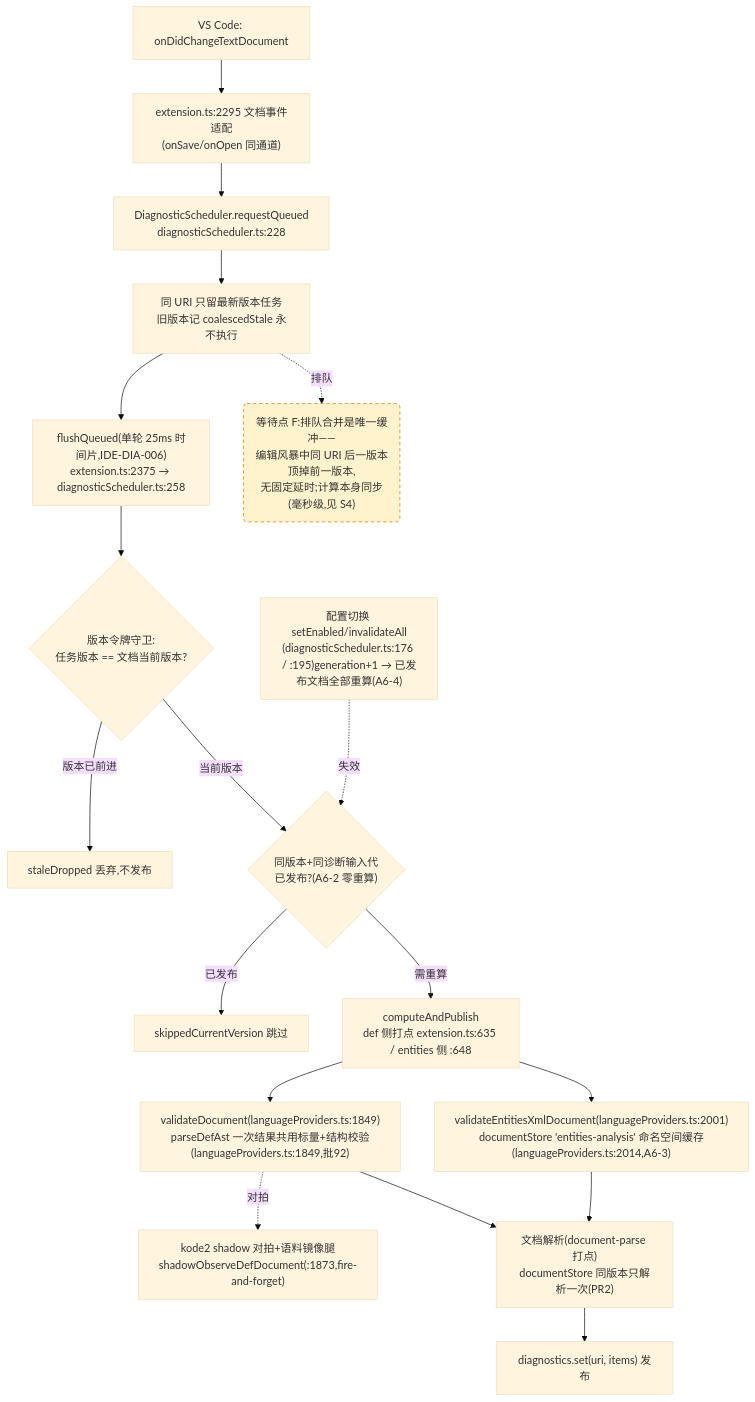
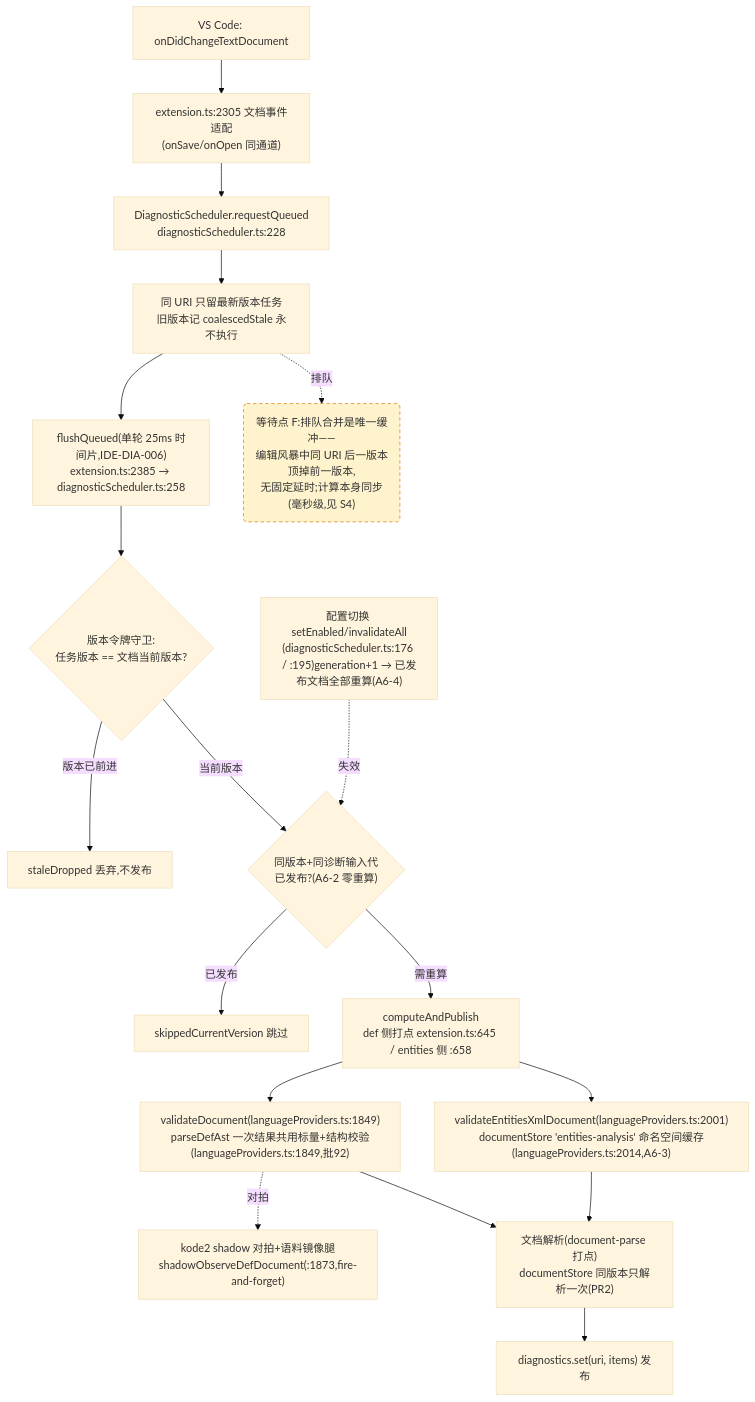
One commit to cuihairu/kode changed the fourth of 4 diagrams in docs/perf/2026-baseline.md. Above: the diagram before and after it, drawn with Mermaid (base theme). The commit also changed other lines of this file and 17 other files, not shown here.

````diff
--- a/docs/perf/2026-baseline.md
+++ b/docs/perf/2026-baseline.md
@@ -214,38 +214,38 @@
 ```mermaid
 flowchart TD
   CHG["VS Code: onDidChangeTextDocument"]
-  WATCH["extension.ts:2295 文档事件适配<br/>(onSave/onOpen 同通道)"]
+  WATCH["extension.ts:2305 文档事件适配<br/>(onSave/onOpen 同通道)"]
   RQ["DiagnosticScheduler.requestQueued<br/>diagnosticScheduler.ts:228"]
   CO["同 URI 只留最新版本任务<br/>旧版本记 coalescedStale 永不执行"]
-  FL["flushQueued(单轮 25ms 时间片,IDE-DIA-006)<br/>extension.ts:2375 → diagnosticScheduler.ts:258"]
+  FL["flushQueued(单轮 25ms 时间片,IDE-DIA-006)<br/>extension.ts:2385 → diagnosticScheduler.ts:258"]
   VG{"版本令牌守卫:<br/>任务版本 == 文档当前版本?"}
   DROP["staleDropped 丢弃,不发布"]
   GEN{"同版本+同诊断输入代<br/>已发布?(A6-2 零重算)"}
   SKIP["skippedCurrentVersion 跳过"]
-  CALC["computeAndPublish<br/>def 侧打点 extension.ts:635 / entities 侧 :648"]
+  CALC["computeAndPublish<br/>def 侧打点 extension.ts:645 / entities 侧 :658"]
   VD["validateDocument(languageProviders.ts:1849)<br/>parseDefAst 一次结果共用标量+结构校验(languageProviders.ts:1849,批92)"]
   VEX["validateEntitiesXmlDocument(languageProviders.ts:2001)<br/>documentStore 'entities-analysis' 命名空间缓存(languageProviders.ts:2014,A6-3)"]
   SHDD["kode2 shadow 对拍+语料镜像腿<br/>shadowObserveDefDocument(:1873,fire-and-forget)"]
   DS["文档解析(document-parse 打点)<br/>documentStore 同版本只解析一次(PR2)"]
   PUB["diagnostics.set(uri, items) 发布"]
   CFG2["配置切换 setEnabled/invalidateAll<br/>(diagnosticScheduler.ts:176 / :195)generation+1 → 已发布文档全部重算(A6-4)"]
 
   CHG --> WATCH --> RQ --> CO --> FL --> VG
   VG -- "版本已前进" --> DROP
   VG -- "当前版本" --> GEN
   GEN -- "已发布" --> SKIP
   GEN -- "需重算" --> CALC
   CALC --> VD
   CALC --> VEX
   VD --> DS
   VEX --> DS
   DS --> PUB
   VD -.->|对拍| SHDD
   CFG2 -.->|失效| GEN
 
   WAITF("等待点 F:排队合并是唯一缓冲——<br/>编辑风暴中同 URI 后一版本顶掉前一版本,<br/>无固定延时;计算本身同步(毫秒级,见 S4)")
   CO -.->|排队| WAITF
 
   classDef waitPoint fill:#fff3cd,stroke:#d97706,stroke-dasharray:5 4;
   class WAITF waitPoint;
 ```
````
